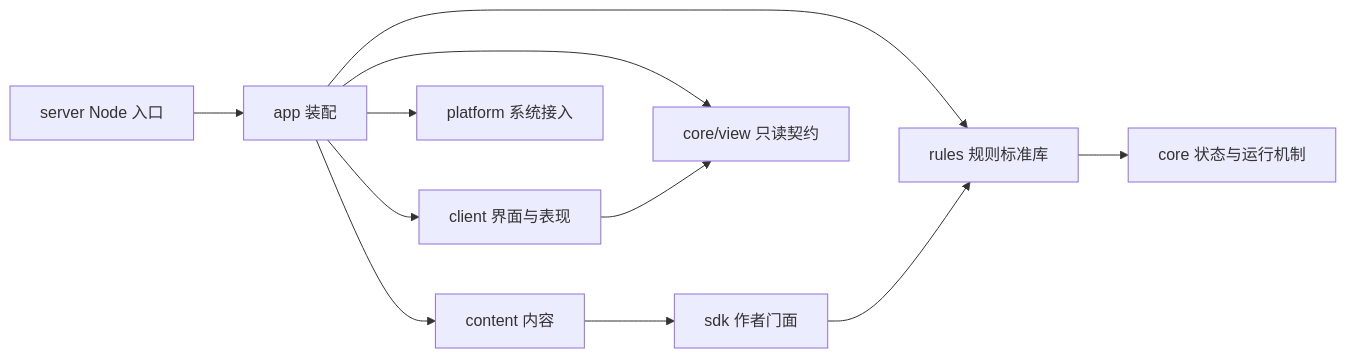
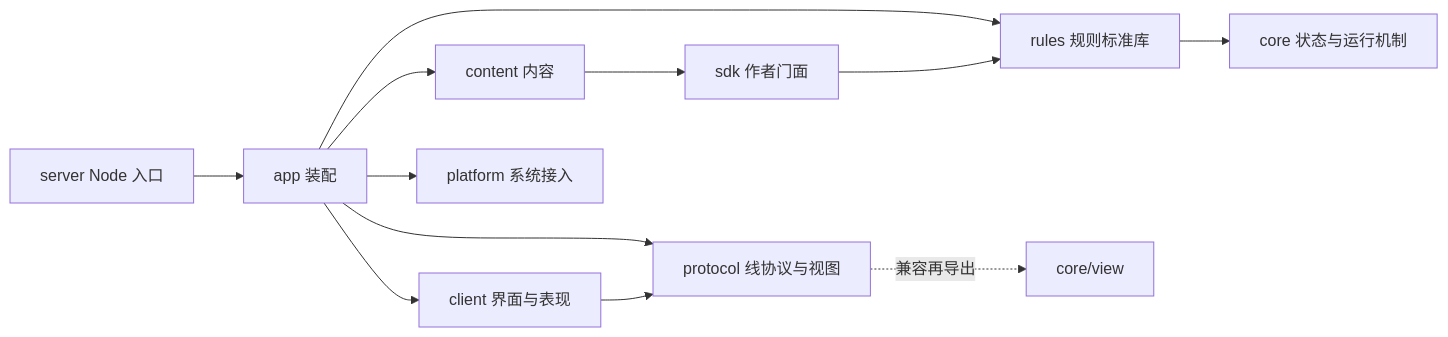
One commit to OuroBubbles/sgs_ng changed the diagram in docs/ARCHITECTURE.md. Above: the diagram before and after it, drawn with Mermaid. The commit also changed other lines of this file and 3 other files, not shown here.

````diff
--- a/docs/ARCHITECTURE.md
+++ b/docs/ARCHITECTURE.md
@@ -21,13 +21,14 @@
 ```mermaid
 flowchart LR
   N[server Node 入口] --> A
   A[app 装配] --> C[content 内容]
   A --> U[client 界面与表现]
   A --> P[platform 系统接入]
   A --> R[rules 规则标准库]
   C --> S[sdk 作者门面]
   S --> R
   R --> K[core 状态与运行机制]
-  A --> V[core/view 只读契约]
-  U --> V
+  A --> Proto[protocol 线协议与视图]
+  U --> Proto
+  Proto -.兼容再导出.-> V[core/view]
 ```
````
